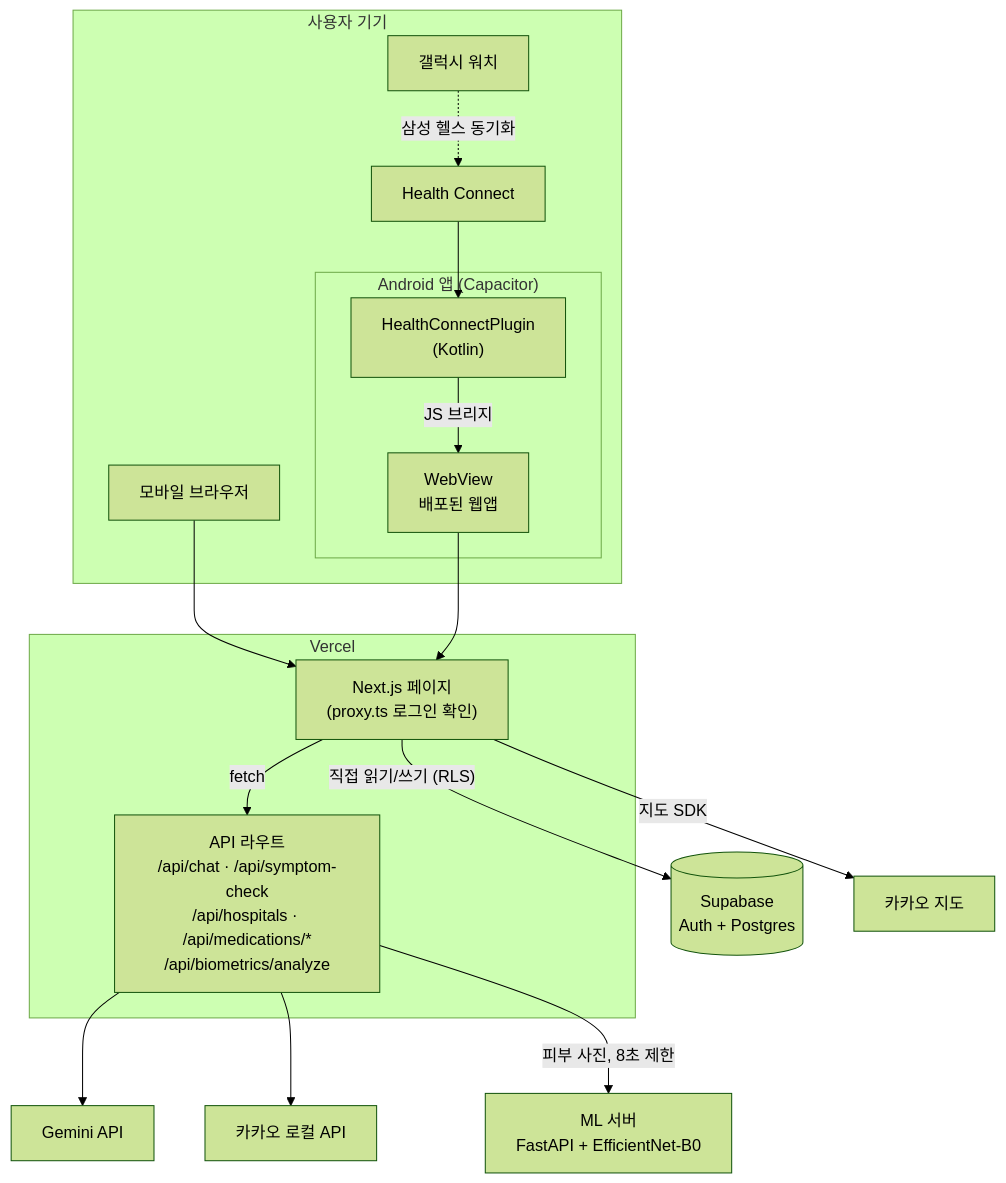
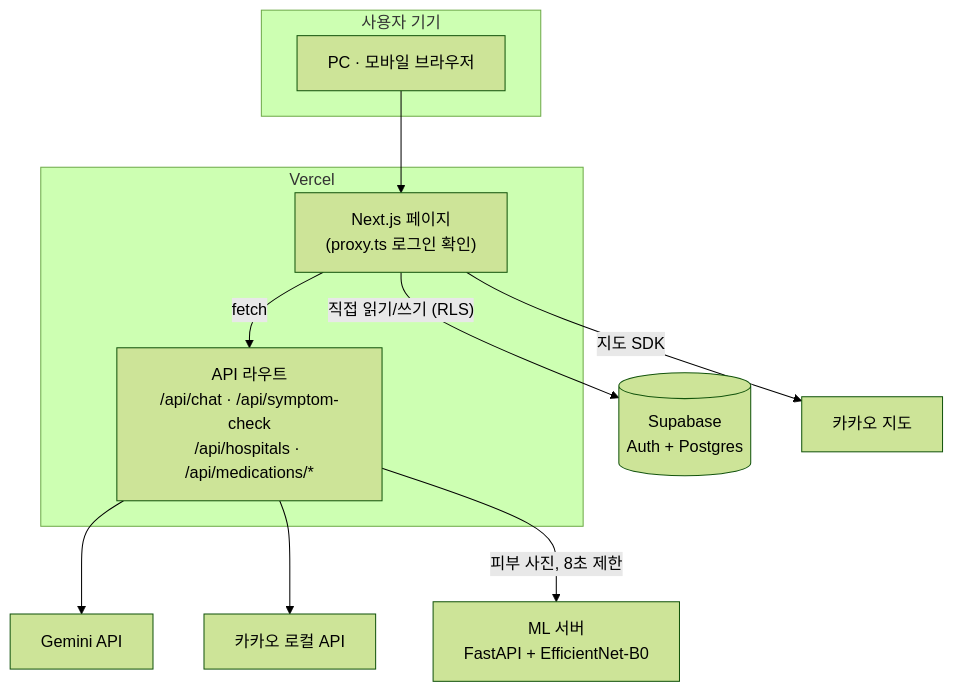
Before and after one commit to hoi256678-cpu/ai-chat: the first of 5 diagrams in README.md, drawn with Mermaid (forest theme). The commit also changed other lines of this file, not shown here.

First line of the commit message:
Remove the untested Android app and watch sync from the README

````diff
--- a/README.md
+++ b/README.md
@@ -71,27 +70,19 @@
 ```mermaid
 flowchart TB
     subgraph Client["사용자 기기"]
-        B["모바일 브라우저"]
-        subgraph APK["Android 앱 (Capacitor)"]
-            WV["WebView<br/>배포된 웹앱"]
-            HCP["HealthConnectPlugin<br/>(Kotlin)"]
-        end
-        Watch["갤럭시 워치"] -.->|삼성 헬스 동기화| HC["Health Connect"]
-        HC --> HCP
-        HCP -->|JS 브리지| WV
+        B["PC · 모바일 브라우저"]
     end
 
     subgraph Vercel["Vercel"]
         Pages["Next.js 페이지<br/>(proxy.ts 로그인 확인)"]
-        API["API 라우트<br/>/api/chat · /api/symptom-check<br/>/api/hospitals · /api/medications/*<br/>/api/biometrics/analyze"]
+        API["API 라우트<br/>/api/chat · /api/symptom-check<br/>/api/hospitals · /api/medications/*"]
     end
 
     B --> Pages
-    WV --> Pages
     Pages -->|fetch| API
     Pages -->|"직접 읽기/쓰기 (RLS)"| DB[("Supabase<br/>Auth + Postgres")]
     API --> Gemini["Gemini API"]
     API --> Kakao["카카오 로컬 API"]
     Pages -->|지도 SDK| KMap["카카오 지도"]
     API -->|피부 사진, 8초 제한| ML["ML 서버<br/>FastAPI + EfficientNet-B0"]
 ```
````
